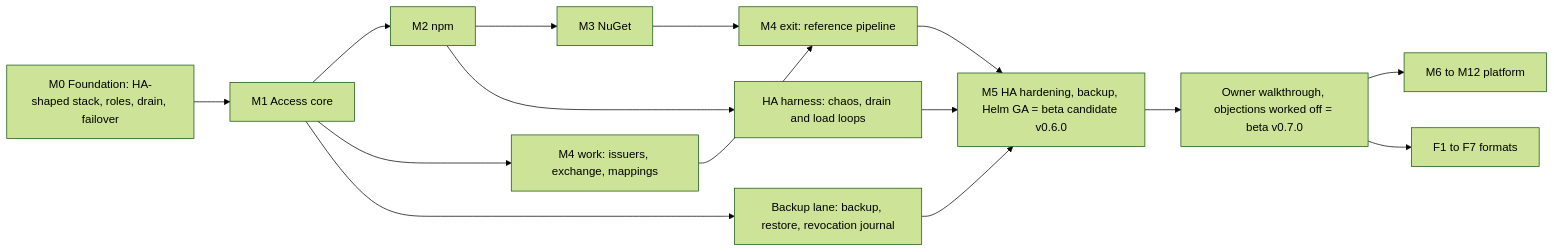
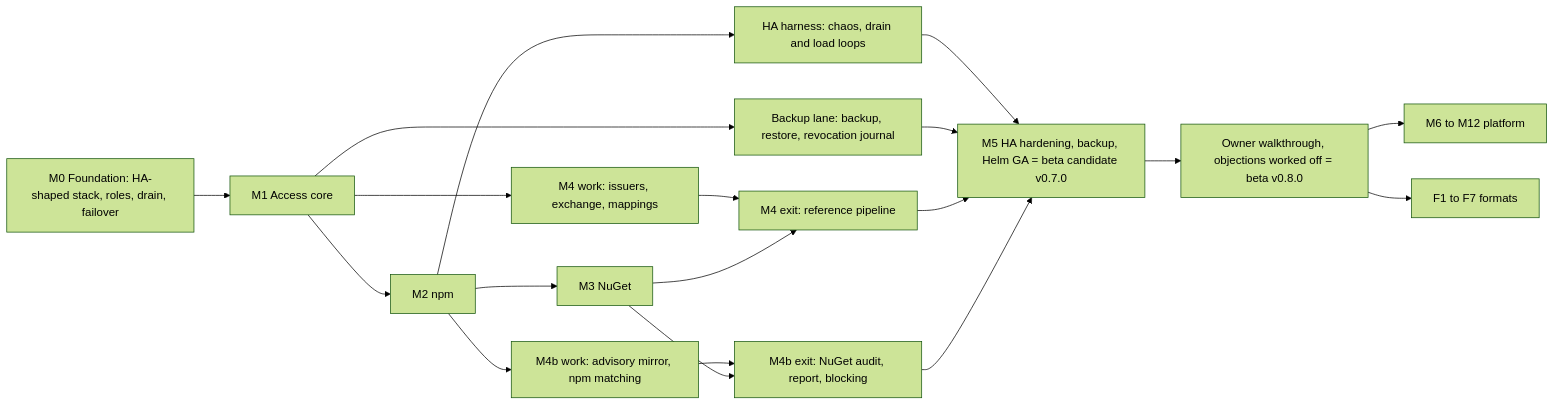
One commit to guided-traffic/trove changed the diagram in docs/coverage/roadmap.md. Above: the diagram before and after it, drawn with Mermaid (forest theme). The commit also changed other lines of this file and 9 other files, not shown here.

First line of the commit message:
docs(spec): vulnerability scanning and the vulnerability report as beta phase 6

````diff
--- a/docs/coverage/roadmap.md
+++ b/docs/coverage/roadmap.md
@@ -143,17 +144,21 @@
 ```mermaid
 flowchart LR
   M0["M0 Foundation: HA-shaped stack, roles, drain, failover"] --> M1["M1 Access core"]
   M1 --> M2["M2 npm"]
   M2 --> M3["M3 NuGet"]
   M1 --> W4["M4 work: issuers, exchange, mappings"]
   W4 --> M4["M4 exit: reference pipeline"]
   M3 --> M4
+  M2 --> V4["M4b work: advisory mirror, npm matching"]
+  V4 --> V["M4b exit: NuGet audit, report, blocking"]
+  M3 --> V
   M1 --> B["Backup lane: backup, restore, revocation journal"]
   M2 --> H["HA harness: chaos, drain and load loops"]
-  H --> M5["M5 HA hardening, backup, Helm GA = beta candidate v0.6.0"]
+  H --> M5["M5 HA hardening, backup, Helm GA = beta candidate v0.7.0"]
   B --> M5
   M4 --> M5
-  M5 --> R["Owner walkthrough, objections worked off = beta v0.7.0"]
+  V --> M5
+  M5 --> R["Owner walkthrough, objections worked off = beta v0.8.0"]
   R --> P1["M6 to M12 platform"]
   R --> F["F1 to F7 formats"]
 ```
````
